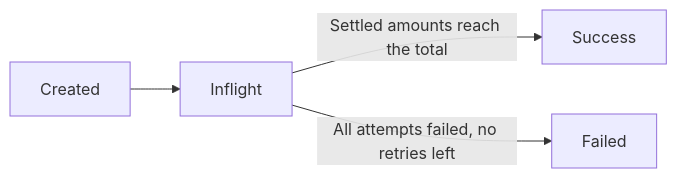
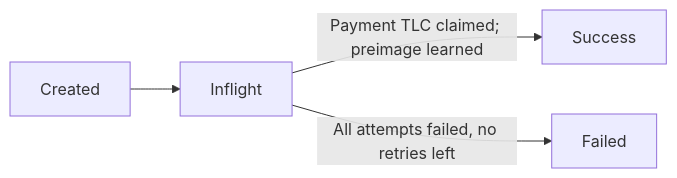
Before and after one commit to nervosnetwork/fiber-docs: the first of 2 diagrams in content/docs/concept/payments/payment-lifecycle.mdx, drawn with Mermaid. The commit also changed other lines of this file and 119 other files, not shown here.

````diff
--- a/content/docs/concept/payments/payment-lifecycle.mdx
+++ b/content/docs/concept/payments/payment-lifecycle.mdx
@@ -23,6 +23,6 @@
 ```mermaid
 flowchart LR
     Created --> Inflight
-    Inflight -- "Settled amounts reach the total" --> Success
+    Inflight -- "Payment TLC claimed; preimage learned" --> Success
     Inflight -- "All attempts failed, no retries left" --> Failed
 ```
````
